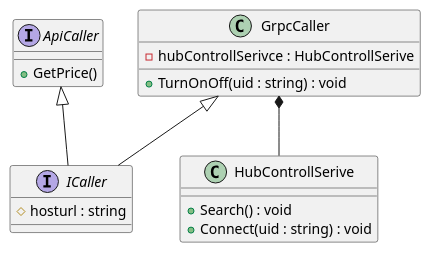
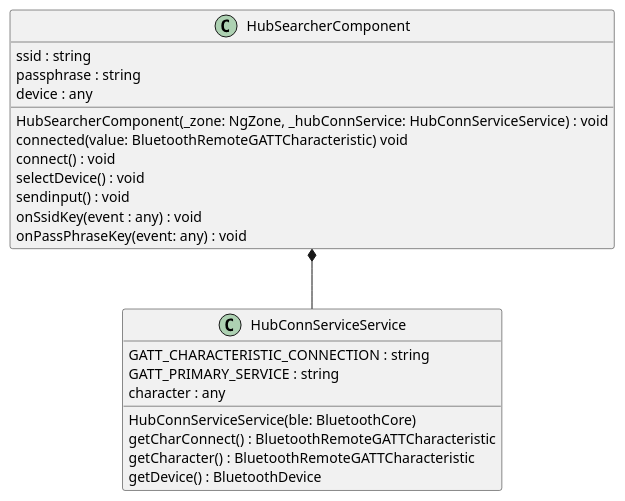
The diagram in docs/class diagrams/xPowerWebKlient.plantuml (Casp7654/XPower), drawn with PlantUML before and after one commit. The commit also changed 11 other files, not shown here.

```diff
--- a/docs/class diagrams/xPowerWebKlient.plantuml
+++ b/docs/class diagrams/xPowerWebKlient.plantuml
@@ -1,30 +1,30 @@
 @startuml APPLICATION
 
-interface ICaller
-{
-    #hosturl : string
+class HubSearcherComponent{
+    ssid : string
+    passphrase : string
+    device : any
+
+    HubSearcherComponent(_zone: NgZone, _hubConnService: HubConnServiceService) : void
+    connected(value: BluetoothRemoteGATTCharacteristic) void
+    connect() : void
+    selectDevice() : void
+    sendinput() : void
+    onSsidKey(event : any) : void
+    onPassPhraseKey(event: any) : void
 }
 
-interface ApiCaller
-{
-    +GetPrice()
+class HubConnServiceService{
+    GATT_CHARACTERISTIC_CONNECTION : string
+    GATT_PRIMARY_SERVICE : string
+    character : any
+
+    HubConnServiceService(ble: BluetoothCore)
+    getCharConnect() : BluetoothRemoteGATTCharacteristic
+    getCharacter() : BluetoothRemoteGATTCharacteristic
+    getDevice() : BluetoothDevice
 }
 
-class GrpcCaller 
-{
-    -hubControllSerivce : HubControllSerive
-    +TurnOnOff(uid : string) : void
-}
-
-class HubControllSerive
-{
-    +Search() : void
-    +Connect(uid : string) : void
-}
-
-ApiCaller <|-- ICaller
-GrpcCaller <|-- ICaller
-GrpcCaller *-- HubControllSerive
-
+HubSearcherComponent *-- HubConnServiceService
 
 @enduml
```
